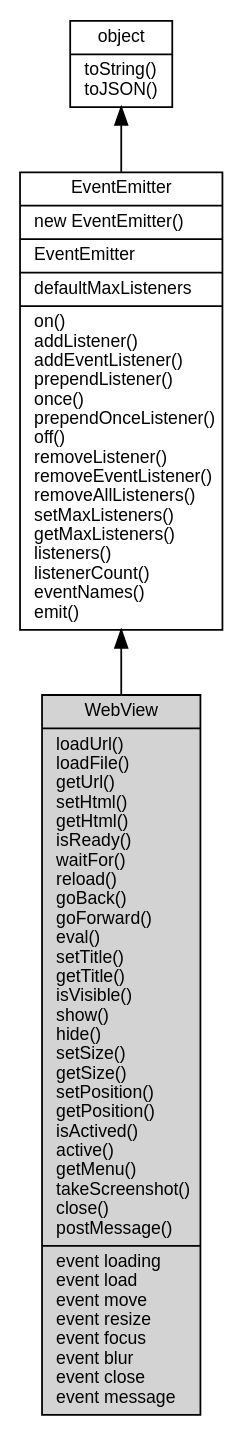
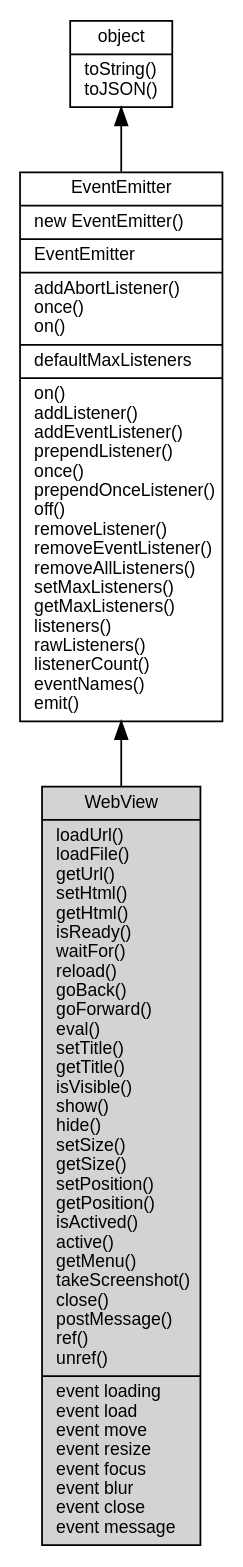
Before and after one commit to fibjs/fibjs.org: the diagram in docs/manual/object/ifs/WebView.md, drawn with Graphviz. The commit also changed other lines of this file and 148 other files, not shown here.

First line of the commit message:
feat: add ZlibCodec documentation and update object graph

````diff
--- a/docs/manual/object/ifs/WebView.md
+++ b/docs/manual/object/ifs/WebView.md
@@ -85,12 +85,12 @@
 ```dot
 digraph {
     node [fontname="Helvetica,sans-Serif", fontsize=10, shape="record", style="filled", fillcolor="white"];
 
     object [tooltip="object", URL="object.md", label="{object|toString()\ltoJSON()\l}"];
-    EventEmitter [tooltip="EventEmitter", URL="EventEmitter.md", label="{EventEmitter|new EventEmitter()\l|EventEmitter\l|defaultMaxListeners\l|on()\laddListener()\laddEventListener()\lprependListener()\lonce()\lprependOnceListener()\loff()\lremoveListener()\lremoveEventListener()\lremoveAllListeners()\lsetMaxListeners()\lgetMaxListeners()\llisteners()\llistenerCount()\leventNames()\lemit()\l}"];
-    WebView [tooltip="WebView", fillcolor="lightgray", id="me", label="{WebView|loadUrl()\lloadFile()\lgetUrl()\lsetHtml()\lgetHtml()\lisReady()\lwaitFor()\lreload()\lgoBack()\lgoForward()\leval()\lsetTitle()\lgetTitle()\lisVisible()\lshow()\lhide()\lsetSize()\lgetSize()\lsetPosition()\lgetPosition()\lisActived()\lactive()\lgetMenu()\ltakeScreenshot()\lclose()\lpostMessage()\l|event loading\levent load\levent move\levent resize\levent focus\levent blur\levent close\levent message\l}"];
+    EventEmitter [tooltip="EventEmitter", URL="EventEmitter.md", label="{EventEmitter|new EventEmitter()\l|EventEmitter\l|addAbortListener()\lonce()\lon()\l|defaultMaxListeners\l|on()\laddListener()\laddEventListener()\lprependListener()\lonce()\lprependOnceListener()\loff()\lremoveListener()\lremoveEventListener()\lremoveAllListeners()\lsetMaxListeners()\lgetMaxListeners()\llisteners()\lrawListeners()\llistenerCount()\leventNames()\lemit()\l}"];
+    WebView [tooltip="WebView", fillcolor="lightgray", id="me", label="{WebView|loadUrl()\lloadFile()\lgetUrl()\lsetHtml()\lgetHtml()\lisReady()\lwaitFor()\lreload()\lgoBack()\lgoForward()\leval()\lsetTitle()\lgetTitle()\lisVisible()\lshow()\lhide()\lsetSize()\lgetSize()\lsetPosition()\lgetPosition()\lisActived()\lactive()\lgetMenu()\ltakeScreenshot()\lclose()\lpostMessage()\lref()\lunref()\l|event loading\levent load\levent move\levent resize\levent focus\levent blur\levent close\levent message\l}"];
 
     object -> EventEmitter [dir=back];
     EventEmitter -> WebView [dir=back];
 }
 ```
````
